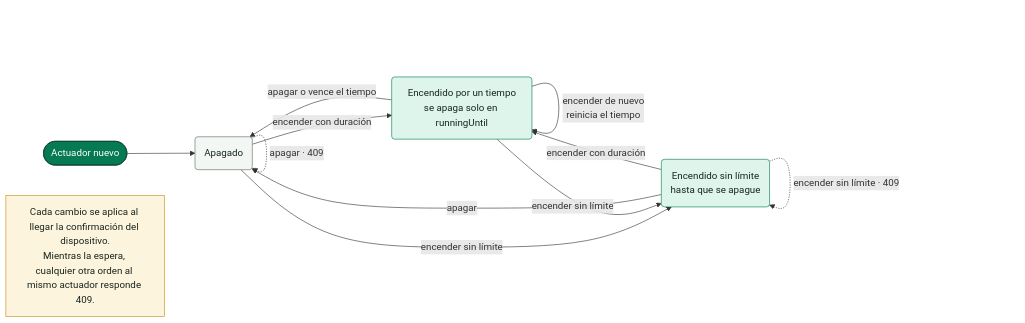
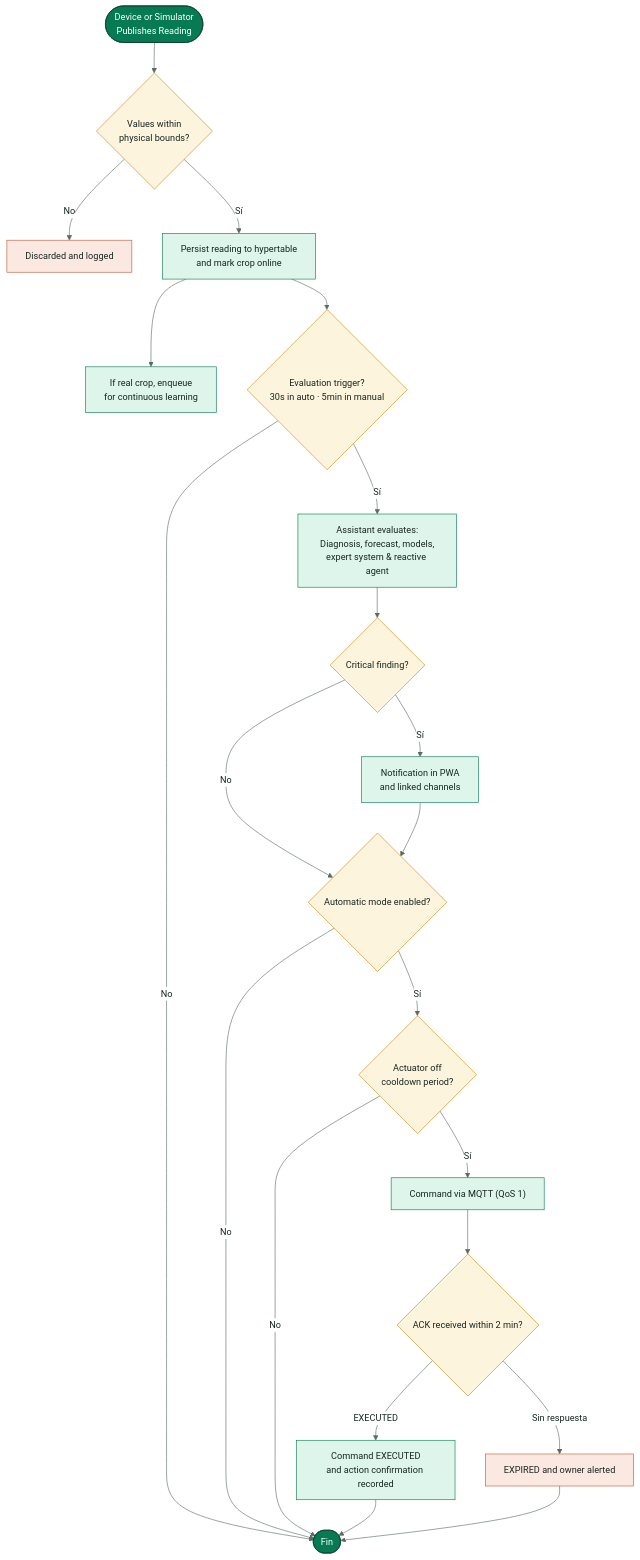
The fourth of 14 diagrams in docs/SmartPot_Technical_Documentation.md (SmartPotTech/.github), drawn with Mermaid before and after one commit. The commit also changed other lines of this file and 186 other files, not shown here.

Commit message:
docs(specs): synchronize 100% english organization documentation, diagrams, and formal deliverables

````diff
--- a/docs/SmartPot_Technical_Documentation.md
+++ b/docs/SmartPot_Technical_Documentation.md
@@ -597,26 +223,32 @@
 ```mermaid
-%%{init: {"theme": "base", "fontFamily": "Segoe UI, Arial, sans-serif", "themeVariables": {"fontFamily": "Segoe UI, Arial, sans-serif", "fontSize": "15px", "primaryColor": "#DDF5EA", "primaryTextColor": "#17261F", "primaryBorderColor": "#067A52", "secondaryColor": "#E3F2FB", "secondaryTextColor": "#17261F", "secondaryBorderColor": "#1F6FA0", "tertiaryColor": "#F2F7F4", "tertiaryTextColor": "#17261F", "tertiaryBorderColor": "#D5E3DC", "lineColor": "#5B6B63", "textColor": "#17261F", "mainBkg": "#DDF5EA", "nodeBorder": "#067A52", "clusterBkg": "#F7FAF8", "clusterBorder": "#D5E3DC", "edgeLabelBackground": "#FFFFFF", "actorBkg": "#067A52", "actorBorder": "#0B3D2B", "actorTextColor": "#FFFFFF", "actorLineColor": "#5B6B63", "signalColor": "#17261F", "signalTextColor": "#17261F", "labelBoxBkgColor": "#0B3D2B", "labelBoxBorderColor": "#0B3D2B", "labelTextColor": "#FFFFFF", "loopTextColor": "#0B3D2B", "noteBkgColor": "#FDF4DD", "noteBorderColor": "#C98D12", "noteTextColor": "#17261F", "activationBkgColor": "#DDF5EA", "activationBorderColor": "#067A52", "attributeBackgroundColorOdd": "#FFFFFF", "attributeBackgroundColorEven": "#F2F7F4"}}, "layout": "elk", "elk": {"nodePlacementStrategy": "BRANDES_KOEPF", "mergeEdges": false, "cycleBreakingStrategy": "GREEDY"}}%%
-flowchart LR
-  start(["Actuador nuevo"]) --> off
-  off("Apagado")
-  timed("Encendido por un tiempo<br/>se apaga solo en runningUntil")
-  unlimited("Encendido sin límite<br/>hasta que se apague")
-  off -->|"encender con duración"| timed
-  off -->|"encender sin límite"| unlimited
-  timed -->|"apagar o vence el tiempo"| off
-  unlimited -->|"apagar"| off
-  timed -->|"encender sin límite"| unlimited
-  unlimited -->|"encender con duración"| timed
-  timed -->|"encender de nuevo<br/>reinicia el tiempo"| timed
-  off -.->|"apagar · 409"| off
-  unlimited -.->|"encender sin límite · 409"| unlimited
-  rule["Cada cambio se aplica al llegar la confirmación del dispositivo.<br/>Mientras la espera, cualquier otra orden al mismo actuador responde 409."]
-  classDef leaf fill:#DDF5EA,stroke:#067A52,color:#17261F
-  classDef sun fill:#FDF4DD,stroke:#C98D12,color:#17261F
-  classDef core fill:#067A52,stroke:#0B3D2B,color:#FFFFFF
-  classDef muted fill:#F2F7F4,stroke:#5B6B63,color:#17261F
-  class start core
-  class off muted
-  class timed,unlimited leaf
-  class rule sun
+%%{init: {"theme": "base", "fontFamily": "Segoe UI, Arial, sans-serif", "themeVariables": {"fontFamily": "Segoe UI, Arial, sans-serif", "fontSize": "15px", "primaryColor": "#DDF5EA", "primaryTextColor": "#17261F", "primaryBorderColor": "#067A52", "secondaryColor": "#E3F2FB", "secondaryTextColor": "#17261F", "secondaryBorderColor": "#1F6FA0", "tertiaryColor": "#F2F7F4", "tertiaryTextColor": "#17261F", "tertiaryBorderColor": "#D5E3DC", "lineColor": "#5B6B63", "textColor": "#17261F", "mainBkg": "#DDF5EA", "nodeBorder": "#067A52", "clusterBkg": "#F7FAF8", "clusterBorder": "#D5E3DC", "edgeLabelBackground": "#FFFFFF", "actorBkg": "#067A52", "actorBorder": "#0B3D2B", "actorTextColor": "#FFFFFF", "actorLineColor": "#5B6B63", "signalColor": "#17261F", "signalTextColor": "#17261F", "labelBoxBkgColor": "#0B3D2B", "labelBoxBorderColor": "#0B3D2B", "labelTextColor": "#FFFFFF", "loopTextColor": "#0B3D2B", "noteBkgColor": "#FDF4DD", "noteBorderColor": "#C98D12", "noteTextColor": "#17261F", "activationBkgColor": "#DDF5EA", "activationBorderColor": "#067A52", "attributeBackgroundColorOdd": "#FFFFFF", "attributeBackgroundColorEven": "#F2F7F4"}}}%%
+flowchart TB
+  inicio(["Device or Simulator<br/>Publishes Reading"]) --> valida{"Values within<br/>physical bounds?"}
+  valida -->|"No"| descarta["Discarded and logged"]
+  valida -->|"Sí"| guarda["Persist reading to hypertable<br/>and mark crop online"]
+  guarda --> aprende["If real crop, enqueue<br/>for continuous learning"]
+  guarda --> evalua{"Evaluation trigger?<br/>30s in auto · 5min in manual"}
+  evalua -->|"No"| fin(["Fin"])
+  evalua -->|"Sí"| ia["Assistant evaluates:<br/>Diagnosis, forecast, models,<br/>expert system & reactive agent"]
+  ia --> critico{"Critical finding?"}
+  critico -->|"Sí"| alerta["Notification in PWA<br/>and linked channels"]
+  critico -->|"No"| auto
+  alerta --> auto{"Automatic mode enabled?"}
+  auto -->|"No"| fin
+  auto -->|"Sí"| enfria{"Actuator off<br/>cooldown period?"}
+  enfria -->|"No"| fin
+  enfria -->|"Sí"| comando["Command via MQTT (QoS 1)"]
+  comando --> ack{"ACK received within 2 min?"}
+  ack -->|"EXECUTED"| ok["Command EXECUTED<br/>and action confirmation recorded"]
+  ack -->|"Sin respuesta"| vence["EXPIRED and owner alerted"]
+  ok --> fin
+  vence --> fin
+  classDef start fill:#067A52,stroke:#0B3D2B,color:#FFFFFF
+  classDef step fill:#DDF5EA,stroke:#067A52,color:#17261F
+  classDef ask fill:#FDF4DD,stroke:#C98D12,color:#17261F
+  classDef bad fill:#FBE9E1,stroke:#B85A38,color:#17261F
+  class inicio,fin start
+  class guarda,aprende,ia,alerta,comando,ok step
+  class valida,evalua,critico,auto,enfria,ack ask
+  class descarta,vence bad
 ```
````
